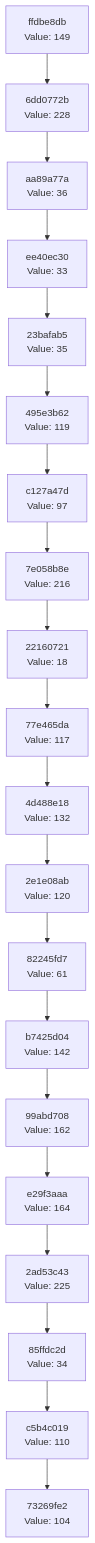
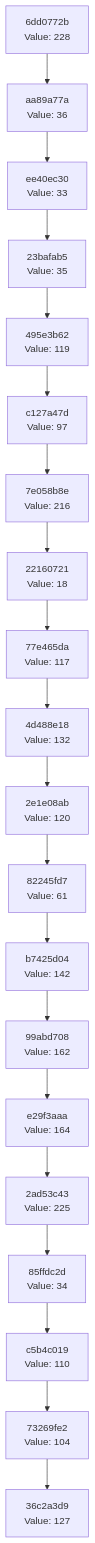
The diagram in docs/CHAIN_VISUALIZATION.md (Abhisheksinha1506/hash-chain-evolver), drawn with Mermaid before and after one commit. The commit also changed 2 other files, not shown here.

Commit message:
Evolution Step

````diff
--- a/docs/CHAIN_VISUALIZATION.md
+++ b/docs/CHAIN_VISUALIZATION.md
@@ -3,42 +3,42 @@
 ```mermaid
 graph TD
-    C0["73269fe2<br/>Value: 104"]
-    C1["c5b4c019<br/>Value: 110"]
+    C0["36c2a3d9<br/>Value: 127"]
+    C1["73269fe2<br/>Value: 104"]
     C1 --> C0
-    C2["85ffdc2d<br/>Value: 34"]
+    C2["c5b4c019<br/>Value: 110"]
     C2 --> C1
-    C3["2ad53c43<br/>Value: 225"]
+    C3["85ffdc2d<br/>Value: 34"]
     C3 --> C2
-    C4["e29f3aaa<br/>Value: 164"]
+    C4["2ad53c43<br/>Value: 225"]
     C4 --> C3
-    C5["99abd708<br/>Value: 162"]
+    C5["e29f3aaa<br/>Value: 164"]
     C5 --> C4
-    C6["b7425d04<br/>Value: 142"]
+    C6["99abd708<br/>Value: 162"]
     C6 --> C5
-    C7["82245fd7<br/>Value: 61"]
+    C7["b7425d04<br/>Value: 142"]
     C7 --> C6
-    C8["2e1e08ab<br/>Value: 120"]
+    C8["82245fd7<br/>Value: 61"]
     C8 --> C7
-    C9["4d488e18<br/>Value: 132"]
+    C9["2e1e08ab<br/>Value: 120"]
     C9 --> C8
-    C10["77e465da<br/>Value: 117"]
+    C10["4d488e18<br/>Value: 132"]
     C10 --> C9
-    C11["22160721<br/>Value: 18"]
+    C11["77e465da<br/>Value: 117"]
     C11 --> C10
-    C12["7e058b8e<br/>Value: 216"]
+    C12["22160721<br/>Value: 18"]
     C12 --> C11
-    C13["c127a47d<br/>Value: 97"]
+    C13["7e058b8e<br/>Value: 216"]
     C13 --> C12
-    C14["495e3b62<br/>Value: 119"]
+    C14["c127a47d<br/>Value: 97"]
     C14 --> C13
-    C15["23bafab5<br/>Value: 35"]
+    C15["495e3b62<br/>Value: 119"]
     C15 --> C14
-    C16["ee40ec30<br/>Value: 33"]
+    C16["23bafab5<br/>Value: 35"]
     C16 --> C15
-    C17["aa89a77a<br/>Value: 36"]
+    C17["ee40ec30<br/>Value: 33"]
     C17 --> C16
-    C18["6dd0772b<br/>Value: 228"]
+    C18["aa89a77a<br/>Value: 36"]
     C18 --> C17
-    C19["ffdbe8db<br/>Value: 149"]
+    C19["6dd0772b<br/>Value: 228"]
     C19 --> C18
 ```
````
